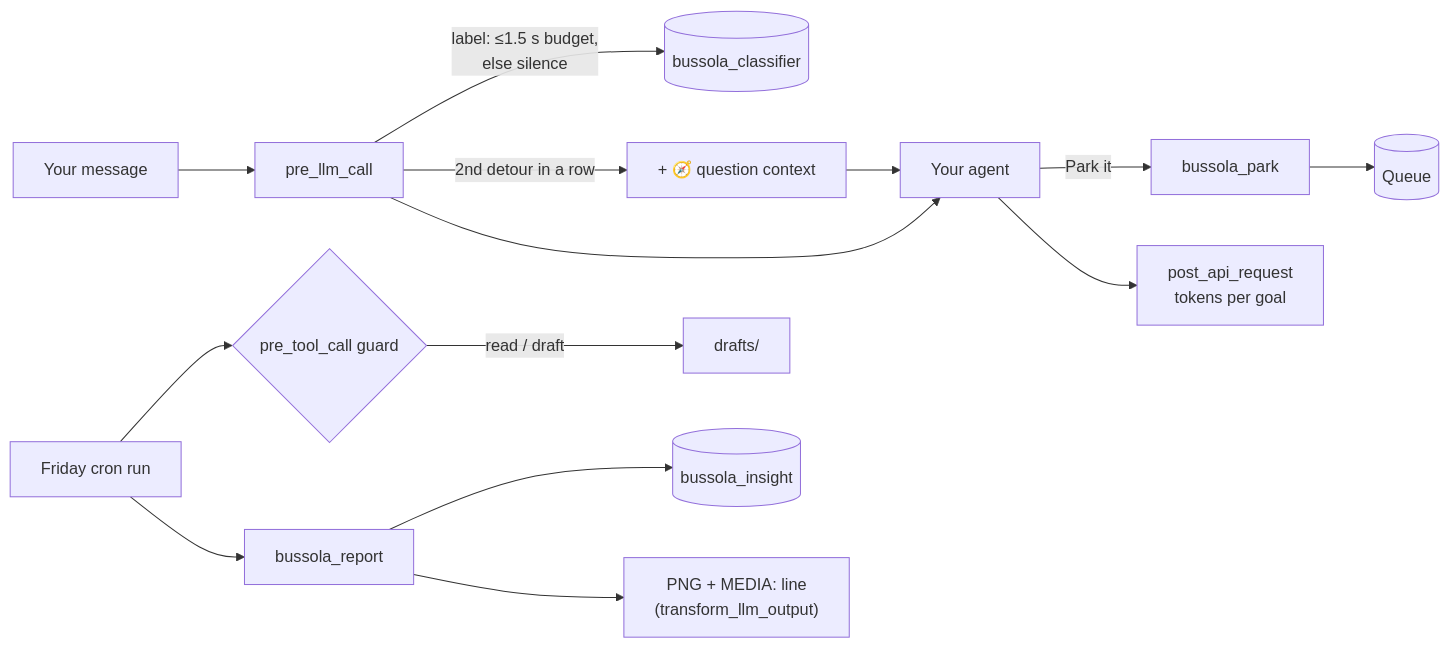
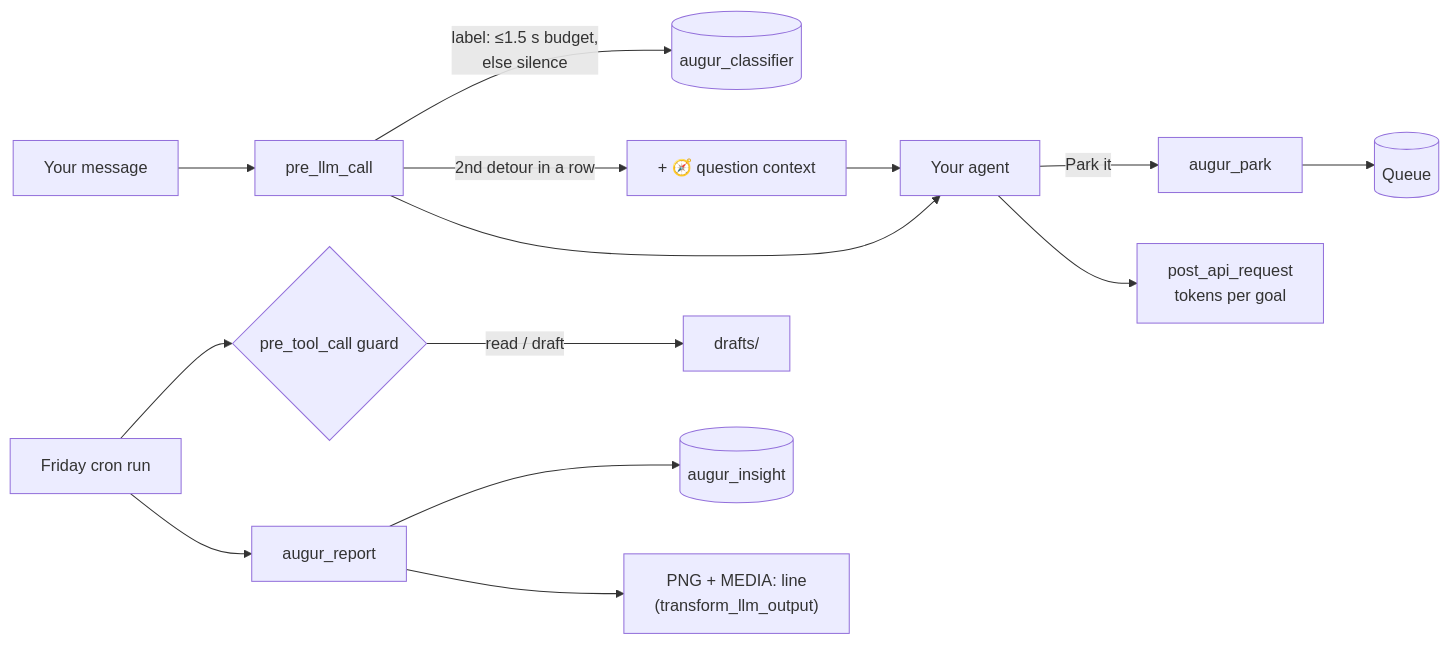
One commit to Bruno-coder21/augur changed the diagram in README.md. Above: the diagram before and after it, drawn with Mermaid. The commit also changed other lines of this file and 27 other files, not shown here.

First line of the commit message:
Rename the plugin from Bussola to Augur

````diff
--- a/README.md
+++ b/README.md
@@ -85,14 +85,14 @@
 ```mermaid
 flowchart LR
   U[Your message] --> P[pre_llm_call]
-  P -->|"label: ≤1.5 s budget,<br/>else silence"| C[(bussola_classifier)]
+  P -->|"label: ≤1.5 s budget,<br/>else silence"| C[(augur_classifier)]
   P -->|"2nd detour in a row"| N["+ 🧭 question context"]
   N --> A[Your agent]
   P --> A
-  A -->|"Park it"| T[bussola_park] --> Q[(Queue)]
+  A -->|"Park it"| T[augur_park] --> Q[(Queue)]
   A --> R[post_api_request<br/>tokens per goal]
   F[Friday cron run] --> G{pre_tool_call guard}
   G -->|read / draft| D[drafts/]
-  F --> B[bussola_report] --> I[(bussola_insight)]
+  F --> B[augur_report] --> I[(augur_insight)]
   B --> M["PNG + MEDIA: line<br/>(transform_llm_output)"]
 ```
````
